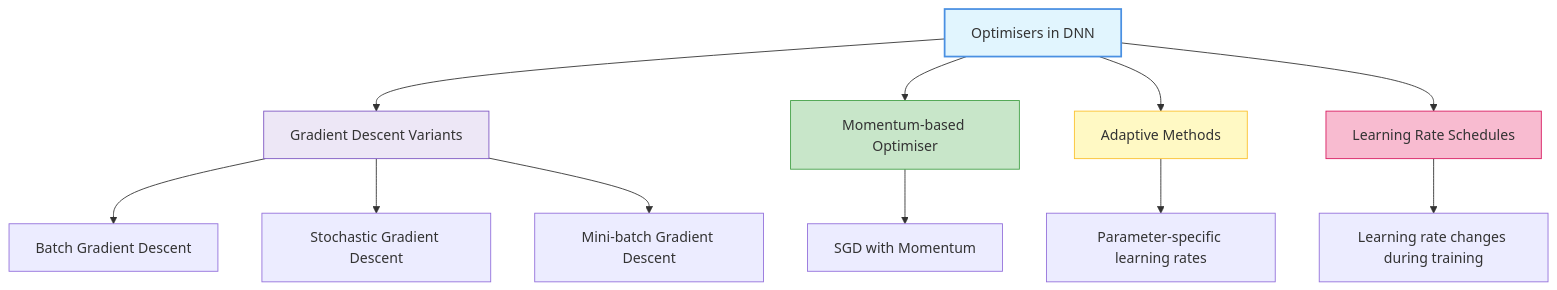
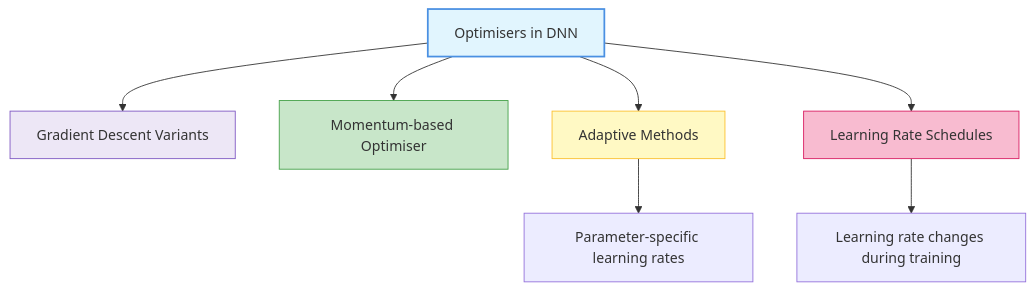
The first of 3 diagrams in content/docs/ai/deep-learning/100-optimise-deep-models.md (arshadhs/arshadhs.github.io), drawn with Mermaid before and after one commit.

```diff
--- a/content/docs/ai/deep-learning/100-optimise-deep-models.md
+++ b/content/docs/ai/deep-learning/100-optimise-deep-models.md
@@ -39,23 +39,17 @@
 {{< mermaid >}}
 flowchart TD
     A["Optimisers in DNN"] --> B["Gradient Descent Variants"]
     A --> C["Momentum-based Optimiser"]
     A --> D["Adaptive Methods"]
     A --> E["Learning Rate Schedules"]
-
-    B --> B1["Batch Gradient Descent"]
-    B --> B2["Stochastic Gradient Descent"]
-    B --> B3["Mini-batch Gradient Descent"]
-
-    C --> C1["SGD with Momentum"]
 
     D --> D1["Parameter-specific learning rates"]
 
     E --> E1["Learning rate changes during training"]
 
     style A fill:#E1F5FE,stroke:#4A90E2,stroke-width:2px
     style B fill:#EDE7F6,stroke:#7E57C2
     style C fill:#C8E6C9,stroke:#43A047
     style D fill:#FFF9C4,stroke:#FBC02D
     style E fill:#F8BBD0,stroke:#D81B60
 {{< /mermaid >}}	
```
